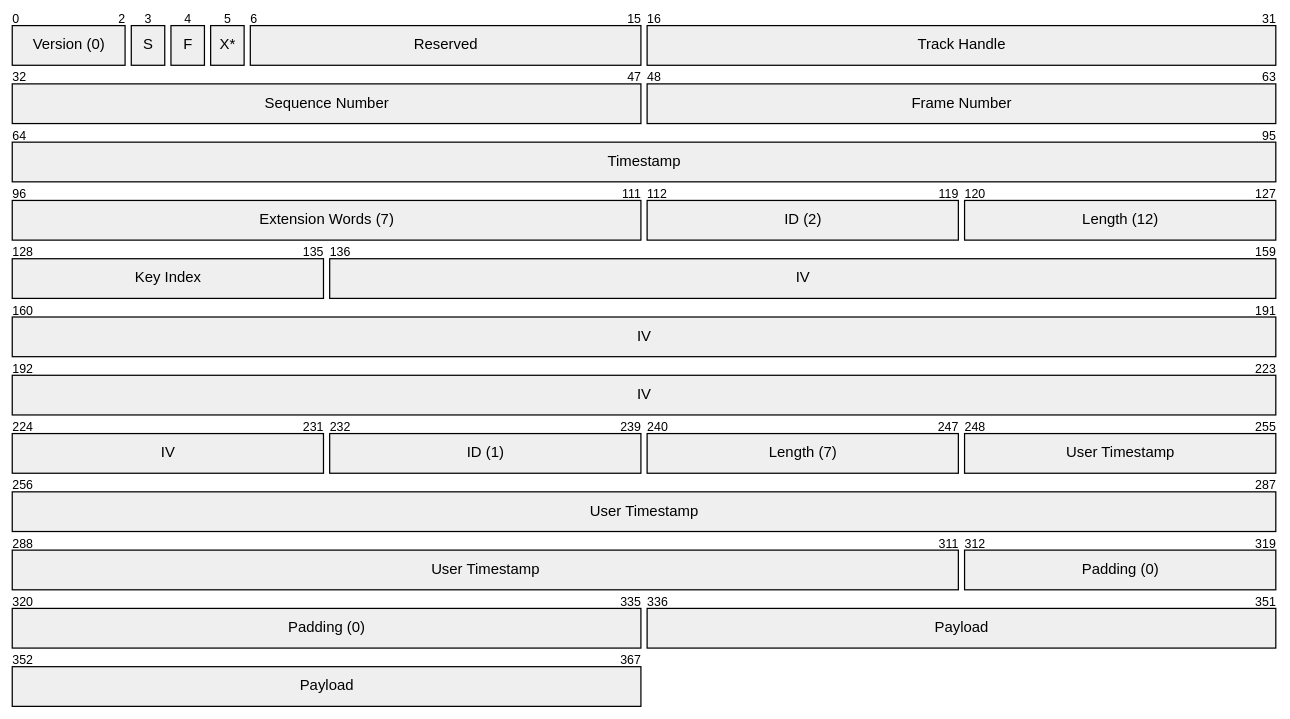
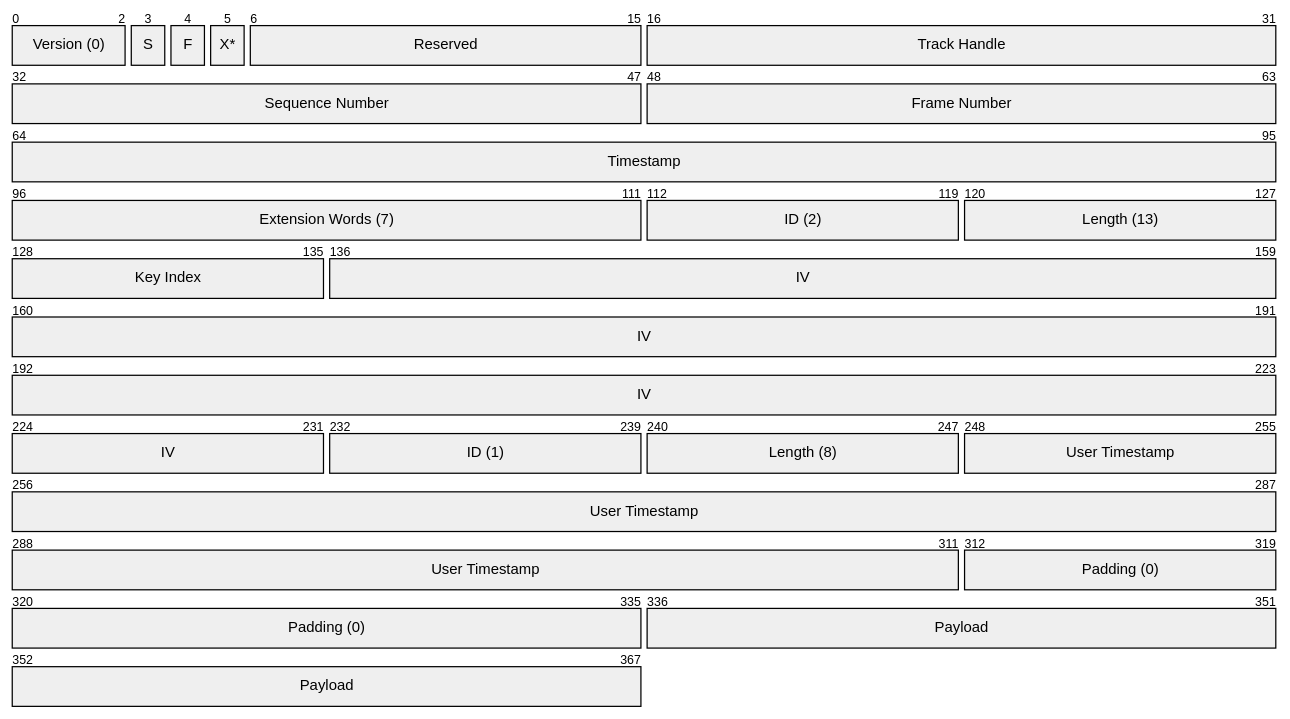
One commit to livekit/rust-sdks changed the second of 2 diagrams in livekit-datatrack/docs/packet-v0.md. Above: the diagram before and after it, drawn with Mermaid (neutral theme). The commit also changed other lines of this file and 2 other files, not shown here.

````diff
--- a/livekit-datatrack/docs/packet-v0.md
+++ b/livekit-datatrack/docs/packet-v0.md
@@ -90,31 +87,31 @@
 ```mermaid
 packet
 %% Base header
 +3: "Version (0)"
 +1: "S"
 +1: "F"
 +1: "X*" %% Set
 +10: "Reserved"
 +16: "Track Handle"
 +16: "Sequence Number"
 +16: "Frame Number"
 +32: "Timestamp"
 
 +16: "Extension Words (7)"
 
 %% E2EE extension
 +8: "ID (2)"
-+8: "Length (12)"
++8: "Length (13)"
 +8: "Key Index"
 +96: "IV"
 
 %% User timestamp extension
 +8: "ID (1)"
-+8: "Length (7)"
++8: "Length (8)"
 +64: "User Timestamp"
 
 +24: "Padding (0)"
 
 %% Payload
 + 32: "Payload"
 ```
````
